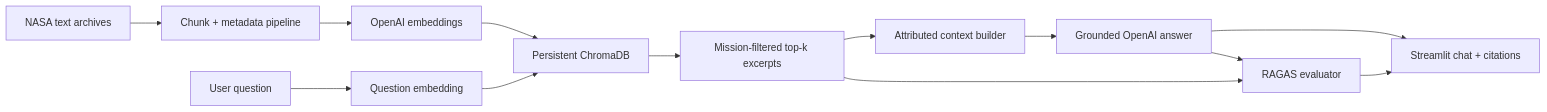
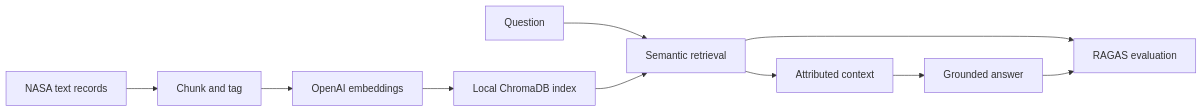
One commit to devin-thomas/nasa-rag changed the diagram in README.md. Above: the diagram before and after it, drawn with Mermaid. The commit also changed other lines of this file, not shown here.

````diff
--- a/README.md
+++ b/README.md
@@ -29,15 +15,12 @@
 ```mermaid
 flowchart LR
-    A["NASA text archives"] --> B["Chunk + metadata pipeline"]
+    A["NASA text records"] --> B["Chunk and tag"]
     B --> C["OpenAI embeddings"]
-    C --> D["Persistent ChromaDB"]
-    Q["User question"] --> E["Question embedding"]
-    E --> D
-    D --> F["Mission-filtered top-k excerpts"]
-    F --> G["Attributed context builder"]
-    G --> H["Grounded OpenAI answer"]
-    H --> I["Streamlit chat + citations"]
-    F --> J["RAGAS evaluator"]
-    H --> J
-    J --> I
+    C --> D["Local ChromaDB index"]
+    Q["Question"] --> E["Semantic retrieval"]
+    D --> E
+    E --> F["Attributed context"]
+    F --> G["Grounded answer"]
+    E --> H["RAGAS evaluation"]
+    G --> H
 ```
````
